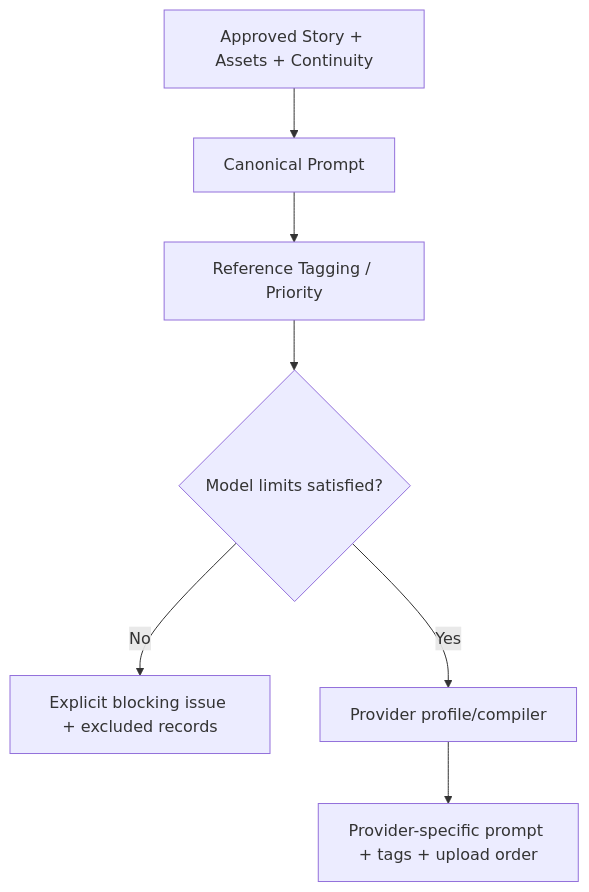
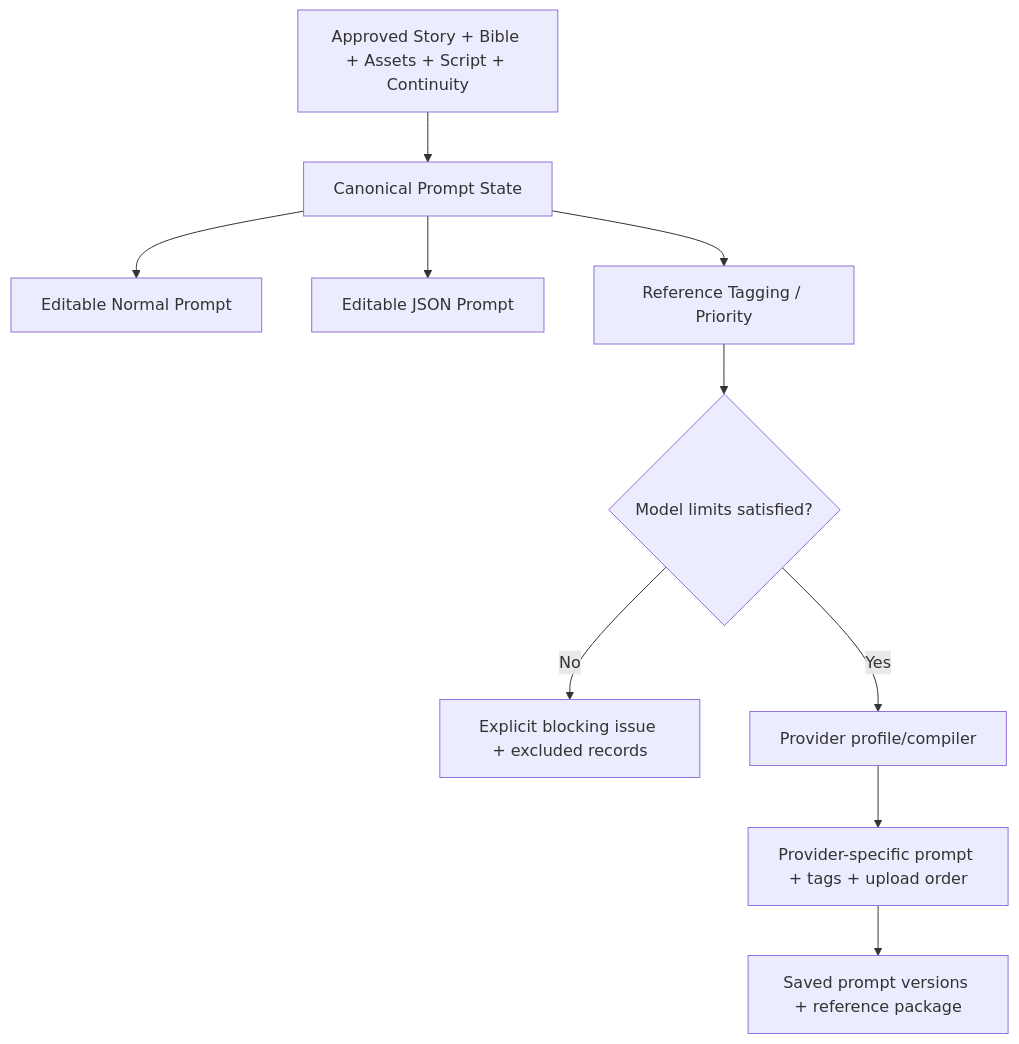
The second of 2 diagrams in ARCHITECTURE.md (momorzq-oss/Continuity-Studio), drawn with Mermaid before and after one commit. The commit also changed other lines of this file and 154 other files, not shown here.

````diff
--- a/ARCHITECTURE.md
+++ b/ARCHITECTURE.md
@@ -42,9 +48,12 @@
 ```mermaid
 flowchart TD
-  State[Approved Story + Assets + Continuity] --> Canonical[Canonical Prompt]
+  State[Approved Story + Bible + Assets + Script + Continuity] --> Canonical[Canonical Prompt State]
+  Canonical --> Normal[Editable Normal Prompt]
+  Canonical --> JSON[Editable JSON Prompt]
   Canonical --> Rank[Reference Tagging / Priority]
   Rank --> Limits{Model limits satisfied?}
   Limits -- No --> Block[Explicit blocking issue + excluded records]
   Limits -- Yes --> Adapter[Provider profile/compiler]
   Adapter --> Prompt[Provider-specific prompt + tags + upload order]
+  Prompt --> Versions[Saved prompt versions + reference package]
 ```
````
